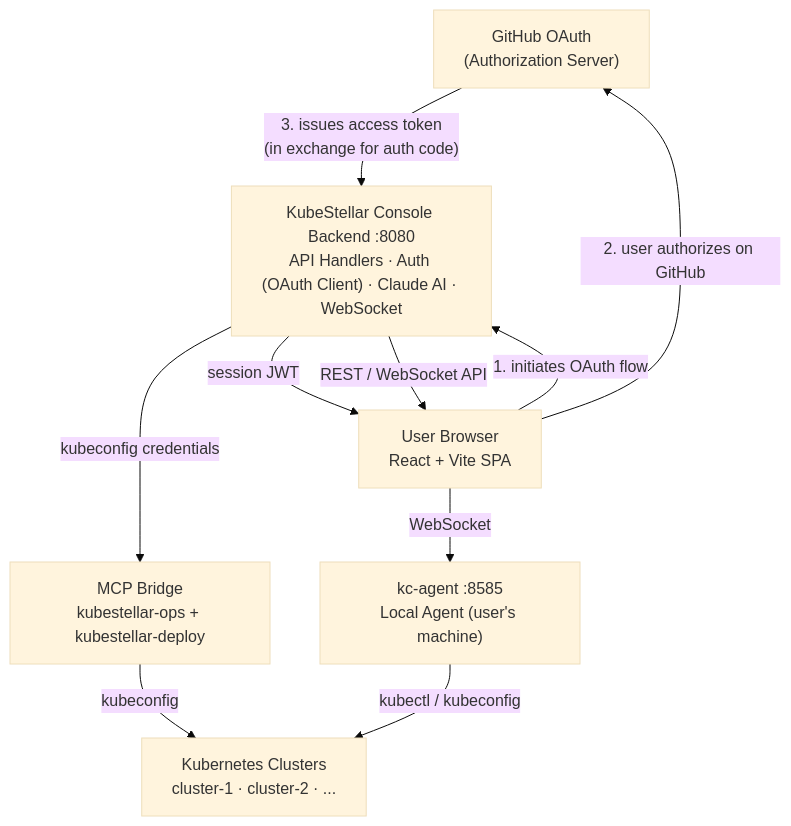
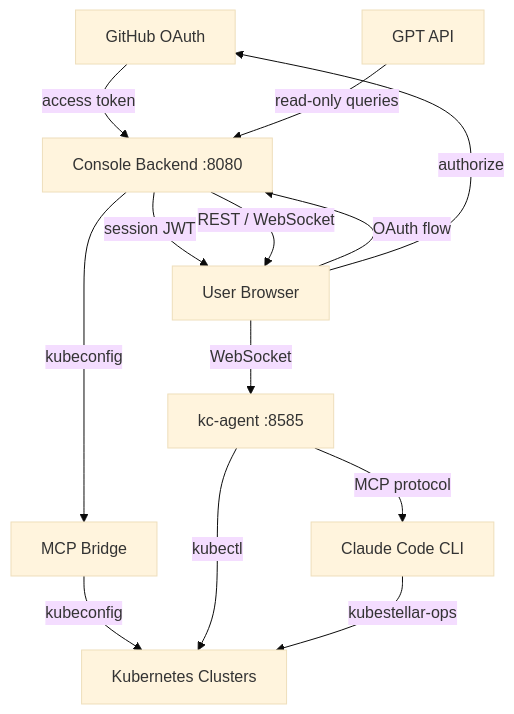
One commit to kubestellar/docs changed the diagram in docs/content/console/architecture.md. Above: the diagram before and after it, drawn with Mermaid (base theme). The commit also changed 2 other files, not shown here.

Commit message:
🐛 Fix mermaid diagram rendering and add coding agent components
- Fix MermaidComponent: use mermaid.render() API instead of innerHTML +
  mermaid.run() which failed because <br/> tags corrupted the syntax
- Add mermaid code fence preprocessing in page.tsx to convert ```mermaid
  blocks to <Mermaid> JSX before compileMdx (the remark-mermaid plugin
  was installed but never wired up)
- Make MermaidComponent theme-aware: detects dark/light mode and
  re-renders on toggle via MutationObserver
- Update architecture diagram: add Claude Code CLI and GPT API nodes,
  shorten labels to prevent truncation

````diff
--- a/docs/content/console/architecture.md
+++ b/docs/content/console/architecture.md
@@ -42,19 +42,24 @@
 ```mermaid
 graph TB
-    GitHub["GitHub OAuth<br/>(Authorization Server)"]
-    Backend["KubeStellar Console Backend :8080<br/>API Handlers · Auth (OAuth Client) · Claude AI · WebSocket"]
-    Browser["User Browser<br/>React + Vite SPA"]
-    MCP["MCP Bridge<br/>kubestellar-ops + kubestellar-deploy"]
-    K8s["Kubernetes Clusters<br/>cluster-1 · cluster-2 · ..."]
-    Agent["kc-agent :8585<br/>Local Agent (user's machine)"]
+    GitHub["GitHub OAuth"]
+    Backend["Console Backend :8080"]
+    Browser["User Browser"]
+    MCP["MCP Bridge"]
+    K8s["Kubernetes Clusters"]
+    Agent["kc-agent :8585"]
+    CLI["Claude Code CLI"]
+    API["GPT API"]
 
-    Browser -- "1. initiates OAuth flow" --> Backend
-    Browser -- "2. user authorizes on GitHub" --> GitHub
-    GitHub -- "3. issues access token<br/>(in exchange for auth code)" --> Backend
+    Browser -- "OAuth flow" --> Backend
+    Browser -- "authorize" --> GitHub
+    GitHub -- "access token" --> Backend
     Backend -- "session JWT" --> Browser
+    Backend -- "REST / WebSocket" --> Browser
     Browser -- "WebSocket" --> Agent
-    Backend -- "REST / WebSocket API" --> Browser
-    Backend -- "kubeconfig credentials" --> MCP
+    Backend -- "kubeconfig" --> MCP
     MCP -- "kubeconfig" --> K8s
-    Agent -- "kubectl / kubeconfig" --> K8s
+    Agent -- "kubectl" --> K8s
+    Agent -- "MCP protocol" --> CLI
+    CLI -- "kubestellar-ops" --> K8s
+    API -- "read-only queries" --> Backend
 ```
````
